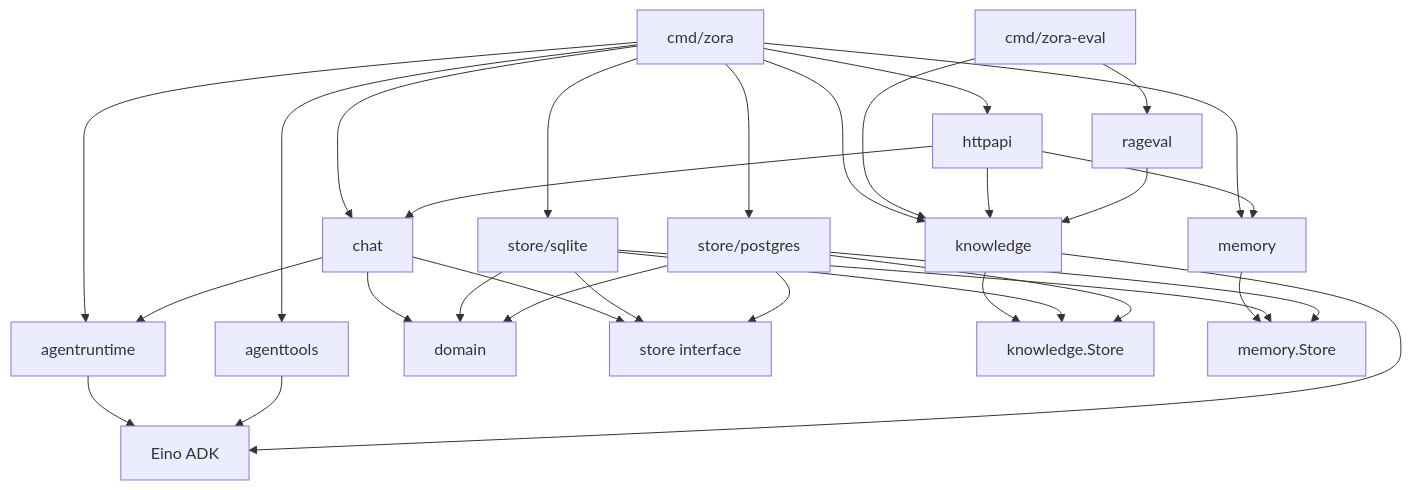
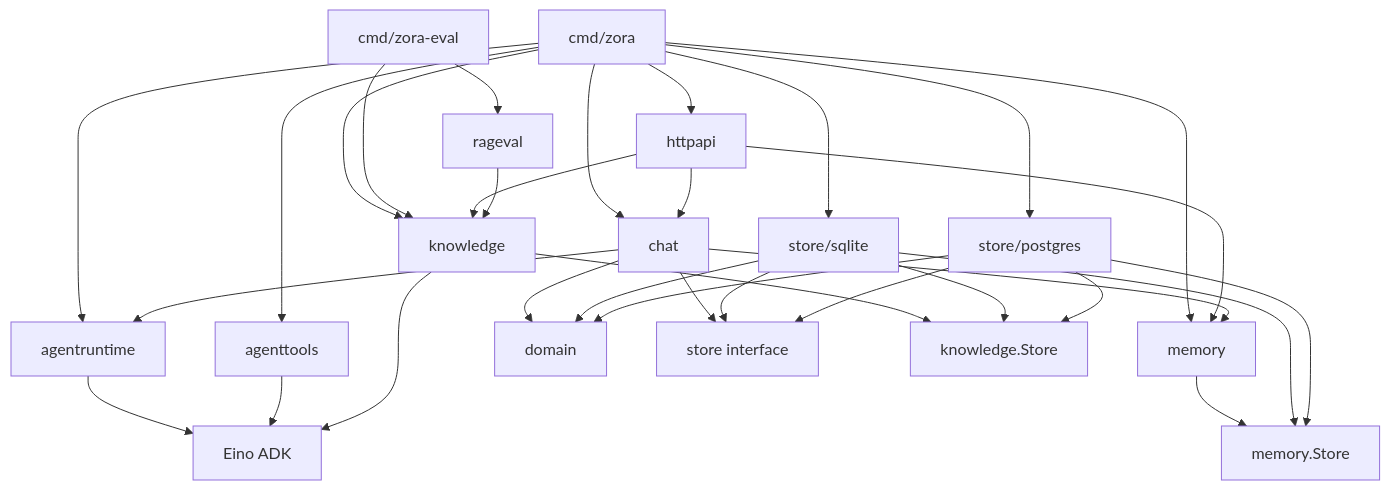
One commit to zora-DD/zora changed the first of 7 diagrams in docs/technical-design.md. Above: the diagram before and after it, drawn with Mermaid. The commit also changed other lines of this file and 20 other files, not shown here.

````diff
--- a/docs/technical-design.md
+++ b/docs/technical-design.md
@@ -50,33 +50,34 @@
 ```mermaid
 flowchart TD
     Main["cmd/zora"] --> HTTP["httpapi"]
     Main --> Chat["chat"]
     Main --> Runtime["agentruntime"]
     Main --> SQLite["store/sqlite"]
     Main --> Postgres["store/postgres"]
     Main --> Tools["agenttools"]
     Main --> Knowledge["knowledge"]
     Main --> Memory["memory"]
     Eval["cmd/zora-eval"] --> RAGEval["rageval"]
     Eval --> Knowledge
     HTTP --> Chat
     HTTP --> Knowledge
     HTTP --> Memory
     Chat --> Domain["domain"]
     Chat --> Store["store interface"]
     Chat --> Runtime
+    Chat --> Memory
     Runtime --> Eino["Eino ADK"]
     Tools --> Eino
     Knowledge --> Eino
     Knowledge --> KStore["knowledge.Store"]
     Memory --> MStore["memory.Store"]
     RAGEval --> Knowledge
     SQLite --> Store
     SQLite --> KStore
     SQLite --> MStore
     SQLite --> Domain
     Postgres --> Store
     Postgres --> KStore
     Postgres --> MStore
     Postgres --> Domain
 ```
````
